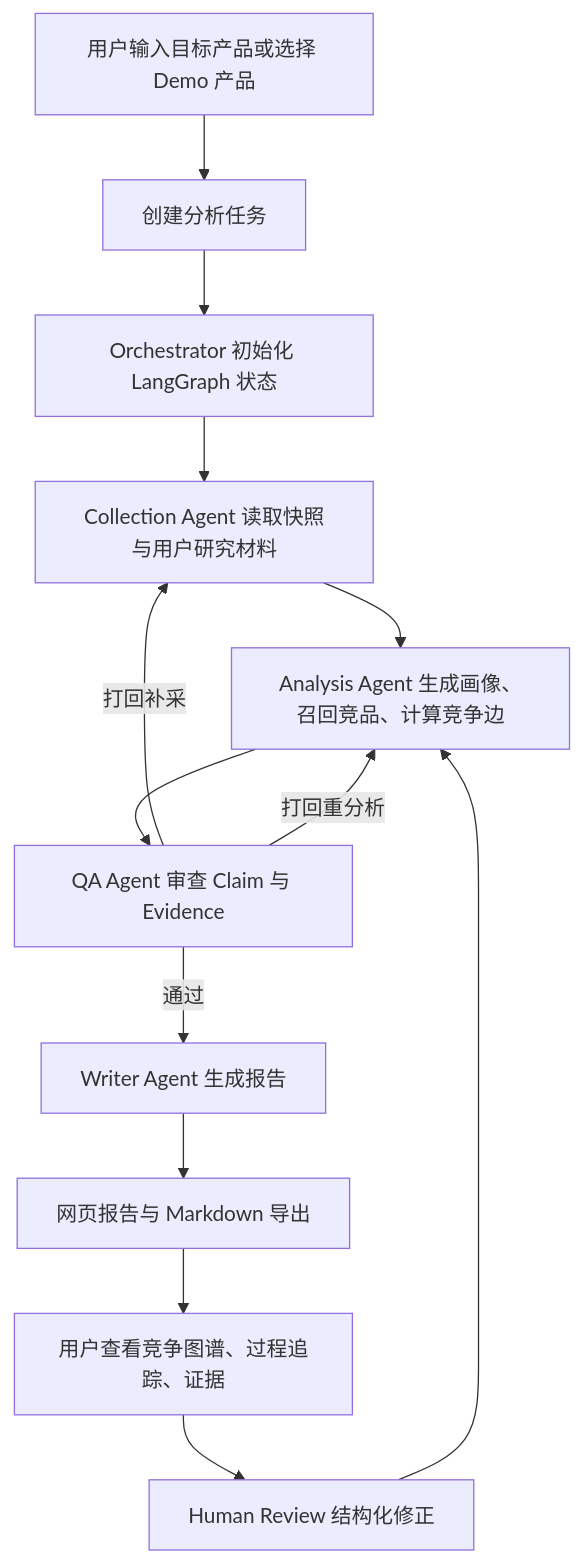
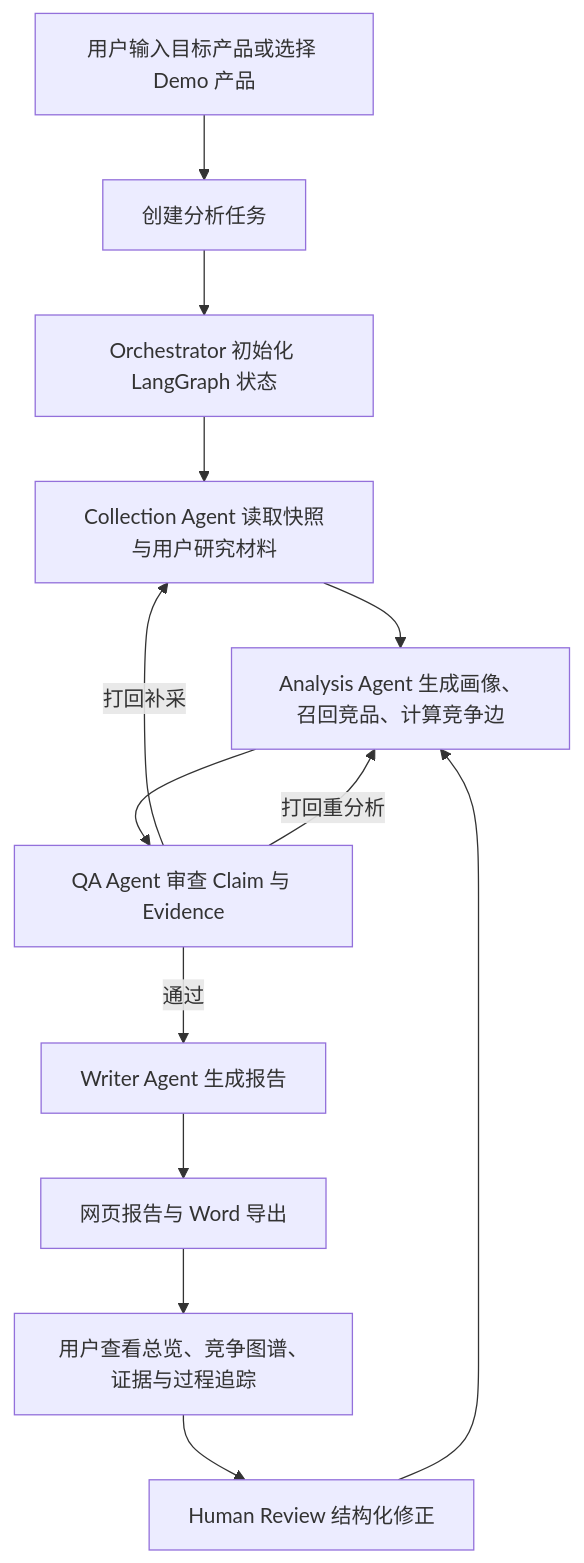
One commit to Moonsqueaks/CompeteX-Agent changed the first of 2 diagrams in memory-bank/design-document.md. Above: the diagram before and after it, drawn with Mermaid. The commit also changed other lines of this file and 97 other files, not shown here.

````diff
--- a/memory-bank/design-document.md
+++ b/memory-bank/design-document.md
@@ -86,15 +88,15 @@
 ```mermaid
 flowchart TD
     A["用户输入目标产品或选择 Demo 产品"] --> B["创建分析任务"]
     B --> C["Orchestrator 初始化 LangGraph 状态"]
     C --> D["Collection Agent 读取快照与用户研究材料"]
     D --> E["Analysis Agent 生成画像、召回竞品、计算竞争边"]
     E --> F["QA Agent 审查 Claim 与 Evidence"]
     F -->|通过| G["Writer Agent 生成报告"]
     F -->|打回补采| D
     F -->|打回重分析| E
-    G --> H["网页报告与 Markdown 导出"]
-    H --> I["用户查看竞争图谱、过程追踪、证据"]
+    G --> H["网页报告与 Word 导出"]
+    H --> I["用户查看总览、竞争图谱、证据与过程追踪"]
     I --> J["Human Review 结构化修正"]
     J --> E
 ```
````
